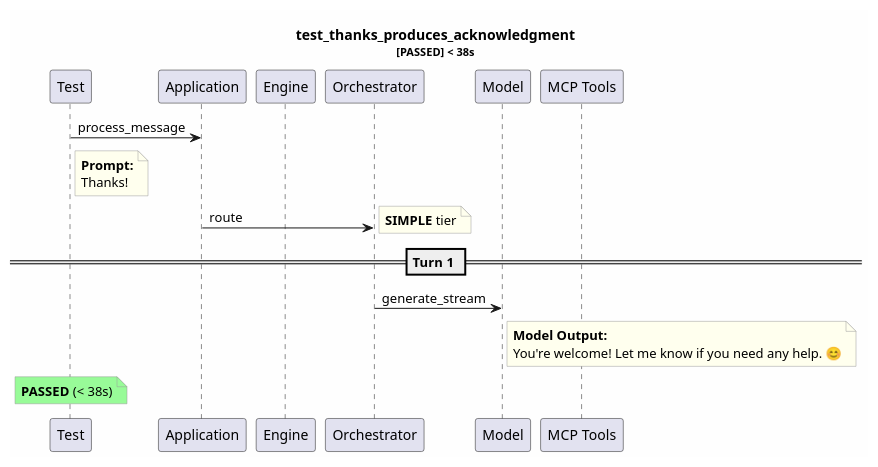
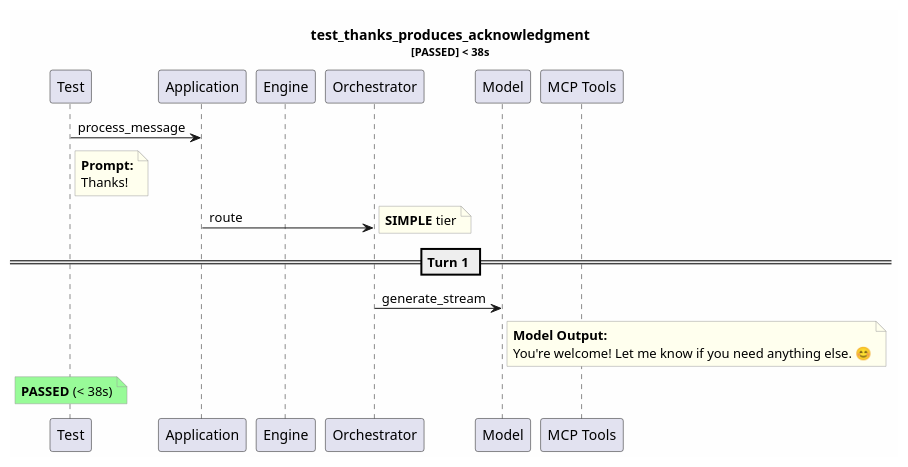
The diagram in test-reports/logs/test_thanks_produces_acknowledgment/test_thanks_produces_acknowledgment.puml (tvanfossen/entropic), drawn with PlantUML before and after one commit. The commit also changed 73 other files, not shown here.

```diff
--- a/test-reports/logs/test_thanks_produces_acknowledgment/test_thanks_produces_acknowledgment.puml
+++ b/test-reports/logs/test_thanks_produces_acknowledgment/test_thanks_produces_acknowledgment.puml
@@ -1,31 +1,31 @@
 @startuml
 skinparam backgroundColor #FEFEFE
 skinparam noteBorderColor #999999
 skinparam noteBackgroundColor #FFFFEE
 title test_thanks_produces_acknowledgment\n<size:11>[PASSED] < 38s</size>
 
 participant "Test" as T
 participant "Application" as App
 participant "Engine" as Eng
 participant "Orchestrator" as Orch
 participant "Model" as Mdl
 participant "MCP Tools" as MCP
 
 T -> App: process_message
 note right of T
   **Prompt:**
   Thanks!
 end note
 App -> Orch: route
 note right: **SIMPLE** tier
 == Turn 1 ==
 Orch -> Mdl: generate_stream
 note right of Mdl
   **Model Output:**
-  You're welcome! Let me know if you need any help. 😊
+  You're welcome! Let me know if you need anything else. 😊
 end note
 note over T #palegreen
   **PASSED** (< 38s)
 end note
 
 @enduml
```
